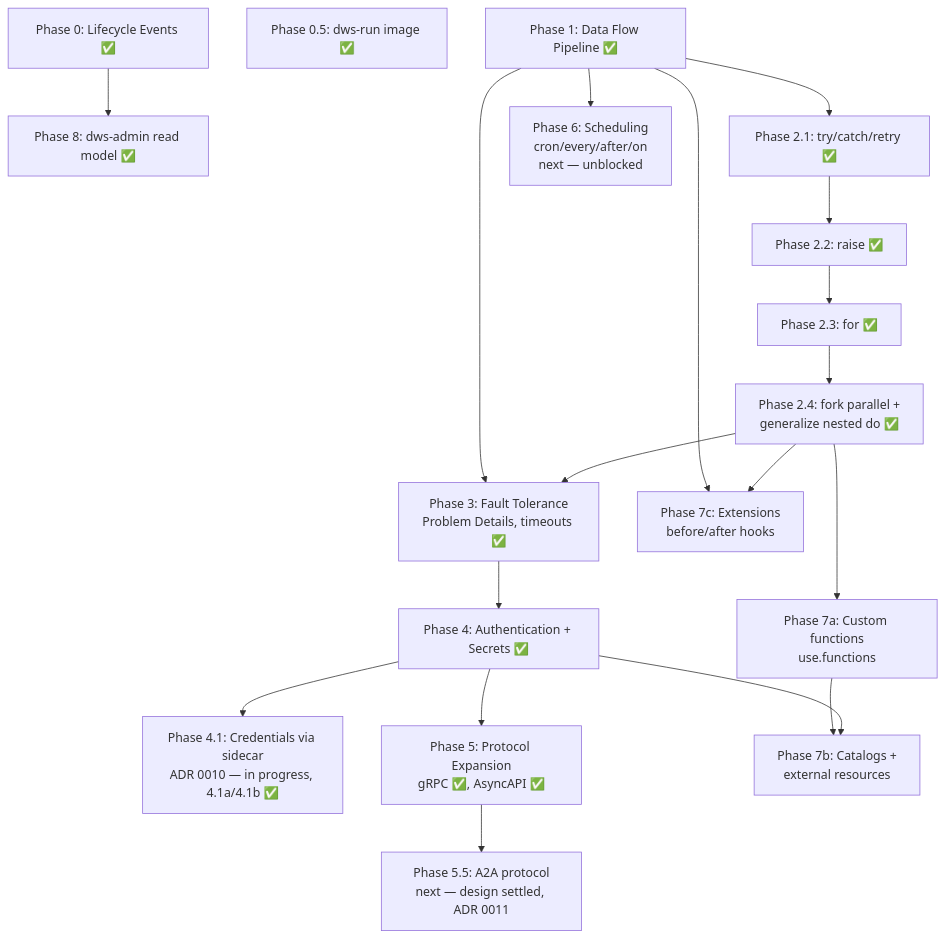
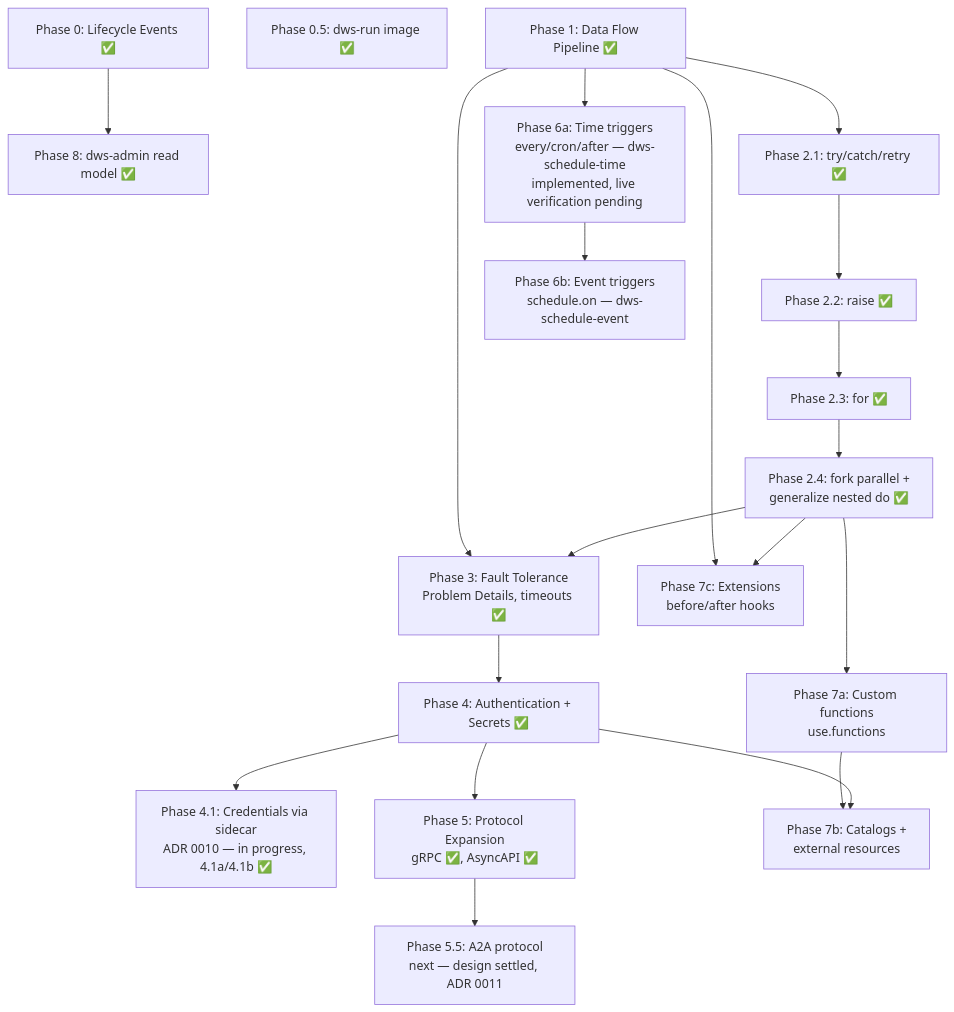
One commit to tonylibs/dapr-workflow-spec changed the diagram in docs/roadmaps/openworkflow-features.md. Above: the diagram before and after it, drawn with Mermaid. The commit also changed other lines of this file and 3 other files, not shown here.

First line of the commit message:
docs: record the phase-6a scheduler contracts and roadmap status

````diff
--- a/docs/roadmaps/openworkflow-features.md
+++ b/docs/roadmaps/openworkflow-features.md
@@ -50,21 +50,22 @@
 ```mermaid
 flowchart TD
   P0[Phase 0: Lifecycle Events ✅] --> P8[Phase 8: dws-admin read model ✅]
   P05[Phase 0.5: dws-run image ✅]
   P1[Phase 1: Data Flow Pipeline ✅] --> P2a[Phase 2.1: try/catch/retry ✅]
   P2a --> P2b[Phase 2.2: raise ✅]
   P2b --> P2c[Phase 2.3: for ✅]
   P2c --> P2d[Phase 2.4: fork parallel +<br/>generalize nested do ✅]
   P1 --> P3[Phase 3: Fault Tolerance<br/>Problem Details, timeouts ✅]
   P2d --> P3
   P3 --> P4[Phase 4: Authentication + Secrets ✅]
   P4 --> P41[Phase 4.1: Credentials via sidecar<br/>ADR 0010 — in progress, 4.1a/4.1b ✅]
   P4 --> P5[Phase 5: Protocol Expansion<br/>gRPC ✅, AsyncAPI ✅]
   P5 --> P55[Phase 5.5: A2A protocol<br/>next — design settled, ADR 0011]
-  P1 --> P6[Phase 6: Scheduling<br/>cron/every/after/on<br/>next — unblocked]
+  P1 --> P6a[Phase 6a: Time triggers<br/>every/cron/after — dws-schedule-time<br/>implemented, live verification pending]
+  P6a --> P6b[Phase 6b: Event triggers<br/>schedule.on — dws-schedule-event]
   P2d --> P7a[Phase 7a: Custom functions<br/>use.functions]
   P7a --> P7b[Phase 7b: Catalogs +<br/>external resources]
   P4 --> P7b
   P1 --> P7c[Phase 7c: Extensions<br/>before/after hooks]
   P2d --> P7c
 ```
````
